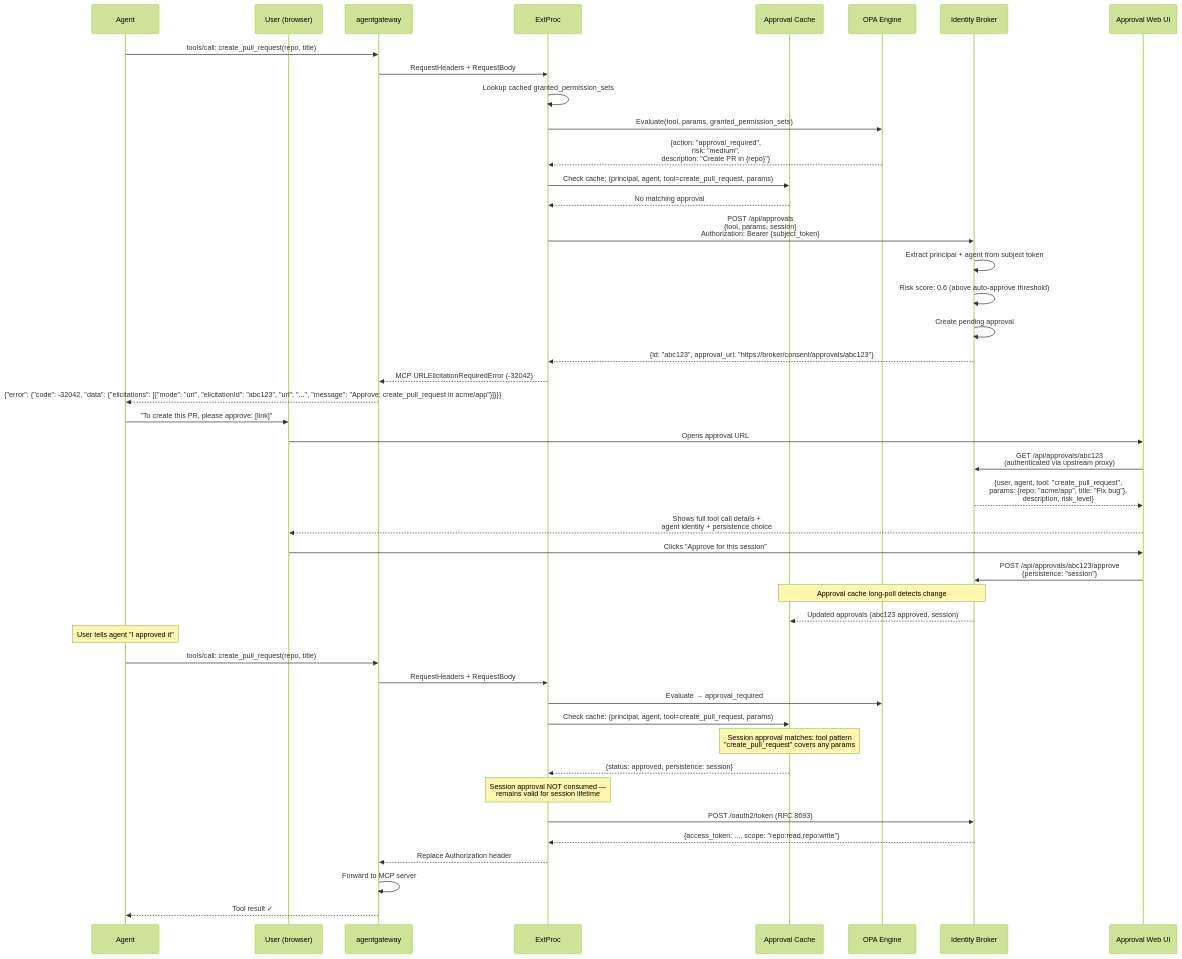
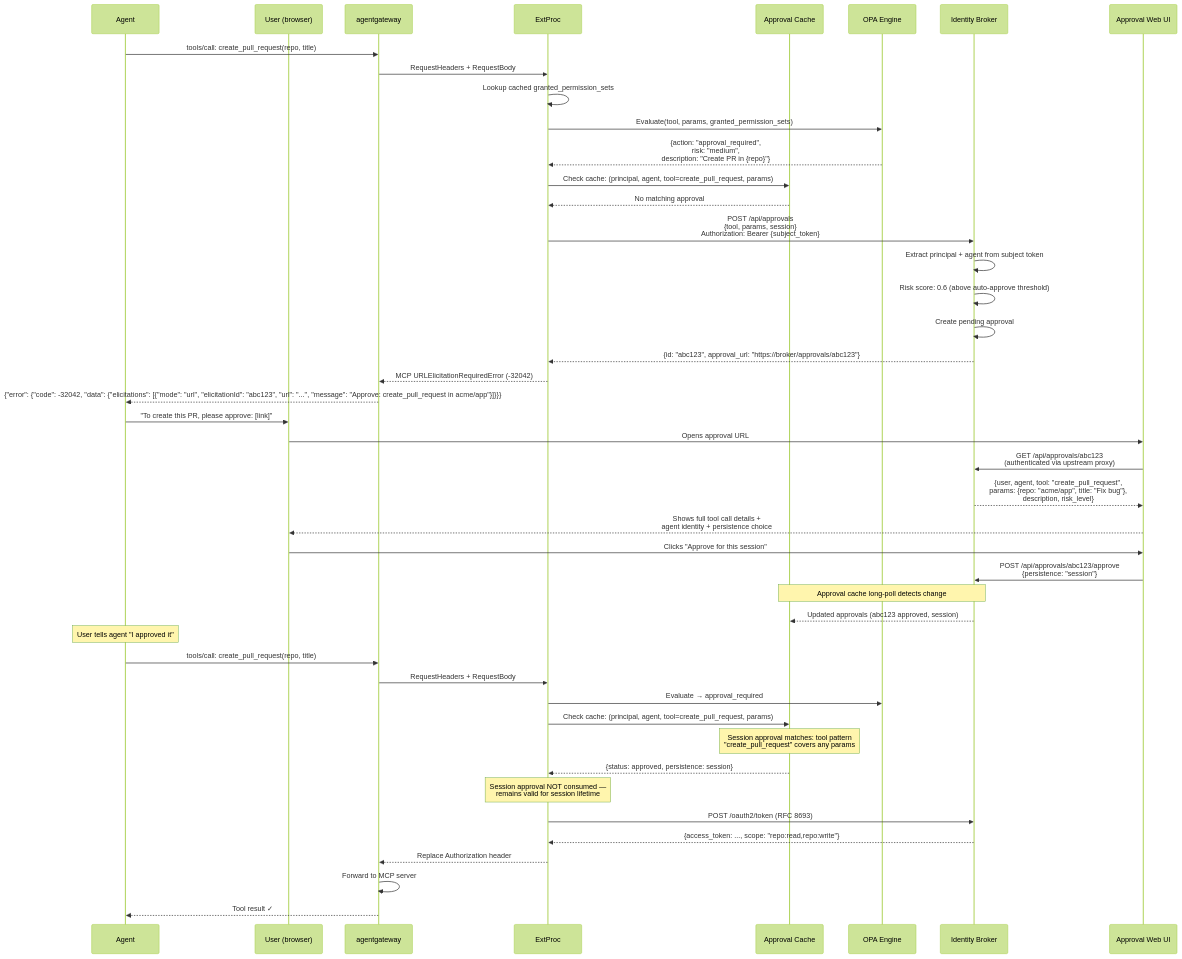
One commit to zalando-incubator/agentic-identity-broker changed diagram 12 of 17 in specs/design-permission-sets-tool-authorization.md. Above: the diagram before and after it, drawn with Mermaid (forest theme). The commit also changed other lines of this file and 101 other files, not shown here.

Commit message:
feat: ExtProc support for the broker Tool Approval API (#17)

````diff
--- a/specs/design-permission-sets-tool-authorization.md
+++ b/specs/design-permission-sets-tool-authorization.md
@@ -1083,56 +1083,56 @@
 ```mermaid
 sequenceDiagram
     participant Agent as Agent
     participant User as User (browser)
     participant GW as agentgateway
     participant EP as ExtProc
     participant AC as Approval Cache
     participant OPA as OPA Engine
     participant Broker as Identity Broker
     participant AUI as Approval Web UI
 
     Agent->>GW: tools/call: create_pull_request(repo, title)
     GW->>EP: RequestHeaders + RequestBody
     EP->>EP: Lookup cached granted_permission_sets
 
     EP->>OPA: Evaluate(tool, params, granted_permission_sets)
     OPA-->>EP: {action: "approval_required",<br/>risk: "medium",<br/>description: "Create PR in {repo}"}
 
     EP->>AC: Check cache: (principal, agent, tool=create_pull_request, params)
     AC-->>EP: No matching approval
 
     EP->>Broker: POST /api/approvals<br/>{tool, params, session}<br/>Authorization: Bearer {subject_token}
     Broker->>Broker: Extract principal + agent from subject token
     Broker->>Broker: Risk score: 0.6 (above auto-approve threshold)
     Broker->>Broker: Create pending approval
-    Broker-->>EP: {id: "abc123", approval_url: "https://broker/consent/approvals/abc123"}
+    Broker-->>EP: {id: "abc123", approval_url: "https://broker/approvals/abc123"}
 
     EP-->>GW: MCP URLElicitationRequiredError (-32042)
     GW-->>Agent: {"error": {"code": -32042, "data": {"elicitations": [{"mode": "url", "elicitationId": "abc123", "url": "...", "message": "Approve: create_pull_request in acme/app"}]}}}
 
     Agent->>User: "To create this PR, please approve: [link]"
     User->>AUI: Opens approval URL
     AUI->>Broker: GET /api/approvals/abc123<br/>(authenticated via upstream proxy)
     Broker-->>AUI: {user, agent, tool: "create_pull_request",<br/>params: {repo: "acme/app", title: "Fix bug"},<br/>description, risk_level}
     AUI-->>User: Shows full tool call details +<br/>agent identity + persistence choice
     User->>AUI: Clicks "Approve for this session"
     AUI->>Broker: POST /api/approvals/abc123/approve<br/>{persistence: "session"}
 
     Note over AC,Broker: Approval cache long-poll detects change
     Broker-->>AC: Updated approvals (abc123 approved, session)
 
     Note over Agent: User tells agent "I approved it"
     Agent->>GW: tools/call: create_pull_request(repo, title)
     GW->>EP: RequestHeaders + RequestBody
     EP->>OPA: Evaluate → approval_required
     EP->>AC: Check cache: (principal, agent, tool=create_pull_request, params)
     Note over AC: Session approval matches: tool pattern<br/>"create_pull_request" covers any params
     AC-->>EP: {status: approved, persistence: session}
     Note over EP: Session approval NOT consumed —<br/>remains valid for session lifetime
 
     EP->>Broker: POST /oauth2/token (RFC 8693)
     Broker-->>EP: {access_token: ..., scope: "repo:read,repo:write"}
     EP-->>GW: Replace Authorization header
     GW->>GW: Forward to MCP server
     GW-->>Agent: Tool result ✓
 ```
````
